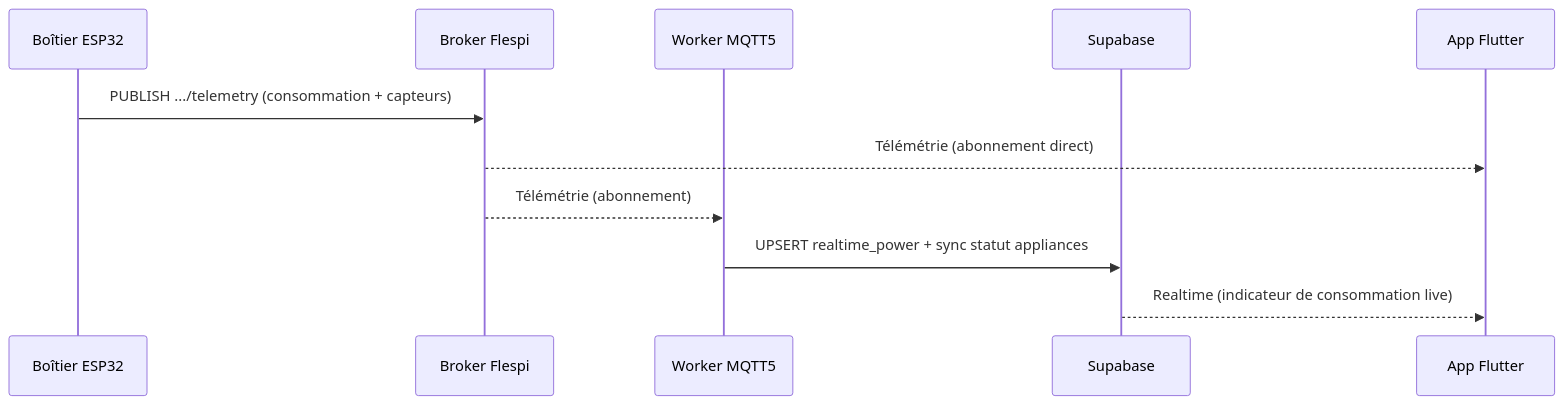
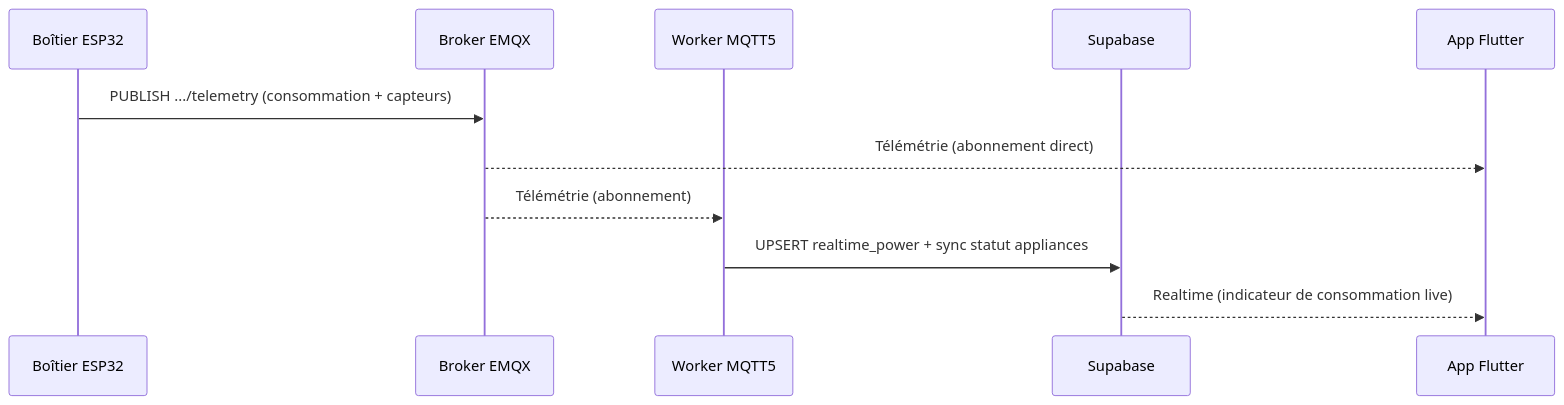
One commit to HackerGit29/flutter changed the third of 4 diagrams in docs/architecture-reseau.md. Above: the diagram before and after it, drawn with Mermaid. The commit also changed other lines of this file, not shown here.

Commit message:
docs: topo réseau — EMQX, Cloudflare Containers, IA scindée

````diff
--- a/docs/architecture-reseau.md
+++ b/docs/architecture-reseau.md
@@ -147,14 +161,14 @@
 ```mermaid
 sequenceDiagram
   participant ESP as Boîtier ESP32
-  participant Brk as Broker Flespi
+  participant Brk as Broker EMQX
   participant W as Worker MQTT5
   participant DB as Supabase
   participant App as App Flutter
 
   ESP->>Brk: PUBLISH .../telemetry (consommation + capteurs)
   Brk-->>App: Télémétrie (abonnement direct)
   Brk-->>W: Télémétrie (abonnement)
   W->>DB: UPSERT realtime_power + sync statut appliances
   DB-->>App: Realtime (indicateur de consommation live)
 ```
````
